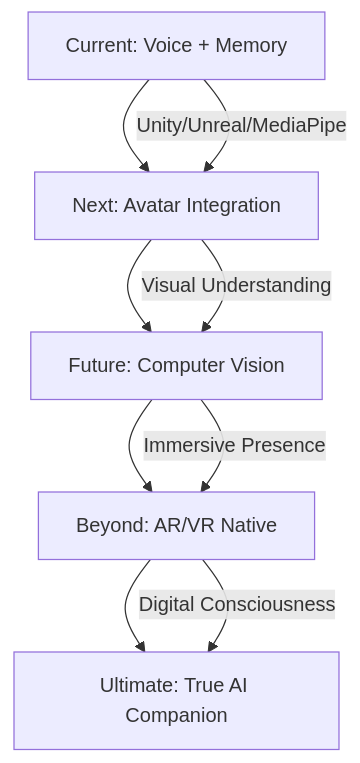
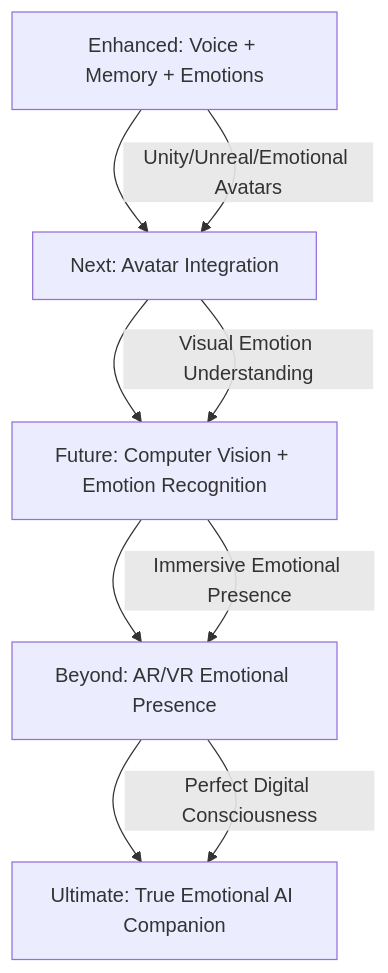
Before and after one commit to Sh1nr1/mai-ai-assistant-self-hosted: the diagram in readme.md, drawn with Mermaid. The commit also changed other lines of this file, not shown here.

````diff
--- a/readme.md
+++ b/readme.md
@@ -195,12 +267,12 @@
 ```mermaid
 graph TD
-    A[Current: Voice + Memory] --> B[Next: Avatar Integration]
-    B --> C[Future: Computer Vision]
-    C --> D[Beyond: AR/VR Native]
-    D --> E[Ultimate: True AI Companion]
+    A[Enhanced: Voice + Memory + Emotions] --> B[Next: Avatar Integration]
+    B --> C[Future: Computer Vision + Emotion Recognition]
+    C --> D[Beyond: AR/VR Emotional Presence]
+    D --> E[Ultimate: True Emotional AI Companion]
     
-    A --> |Unity/Unreal/MediaPipe| B
-    B --> |Visual Understanding| C
-    C --> |Immersive Presence| D
-    D --> |Digital Consciousness| E
+    A --> |Unity/Unreal/Emotional Avatars| B
+    B --> |Visual Emotion Understanding| C
+    C --> |Immersive Emotional Presence| D
+    D --> |Perfect Digital Consciousness| E
 ```
````
